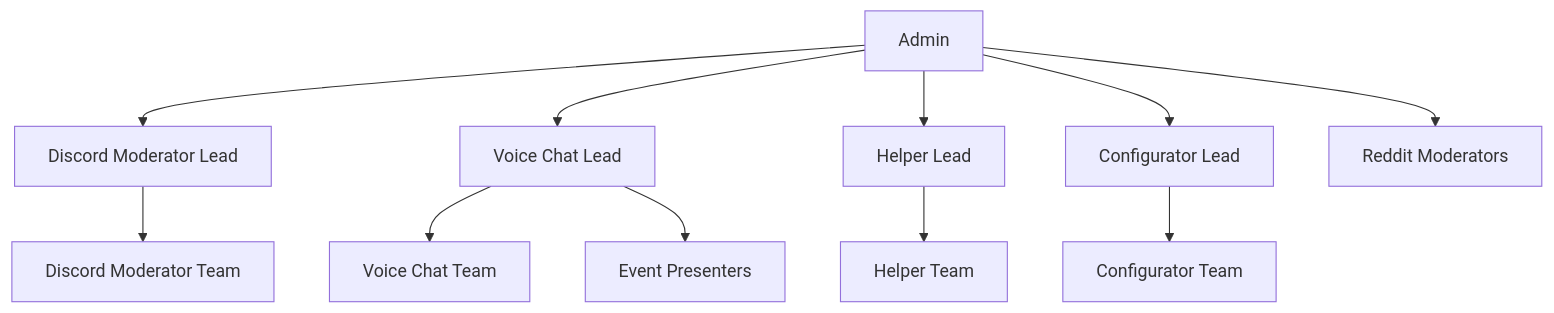
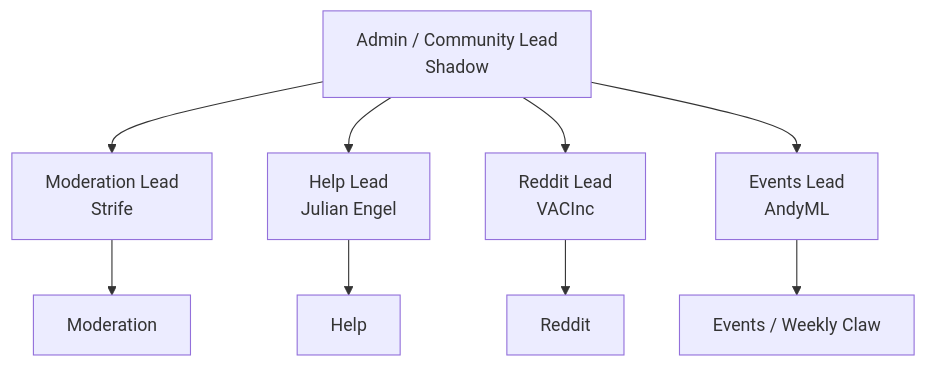
Before and after one commit to openclaw/community: the diagram in README.md, drawn with Mermaid. The commit also changed other lines of this file and 9 other files, not shown here.

````diff
--- a/README.md
+++ b/README.md
@@ -24,13 +26,16 @@
 ```mermaid
 flowchart TD
-  A[Admin] --> DL[Discord Moderator Lead]
-  DL --> D[Discord Moderator Team]
-  A --> VL[Voice Chat Lead]
-  VL --> V[Voice Chat Team]
-  VL --> EP[Event Presenters]
-  A --> HL[Helper Lead]
-  HL --> H[Helper Team]
-  A --> CL[Configurator Lead]
-  CL --> C[Configurator Team]
-  A --> R[Reddit Moderators]
+  A[Admin / Community Lead<br/>Shadow]
+
+  A --> ML[Moderation Lead<br/>Strife]
+  ML --> M[Moderation]
+
+  A --> HL[Help Lead<br/>Julian Engel]
+  HL --> H[Help]
+
+  A --> RL[Reddit Lead<br/>VACInc]
+  RL --> R[Reddit]
+
+  A --> EL[Events Lead<br/>AndyML]
+  EL --> E[Events / Weekly Claw]
 ```
````
